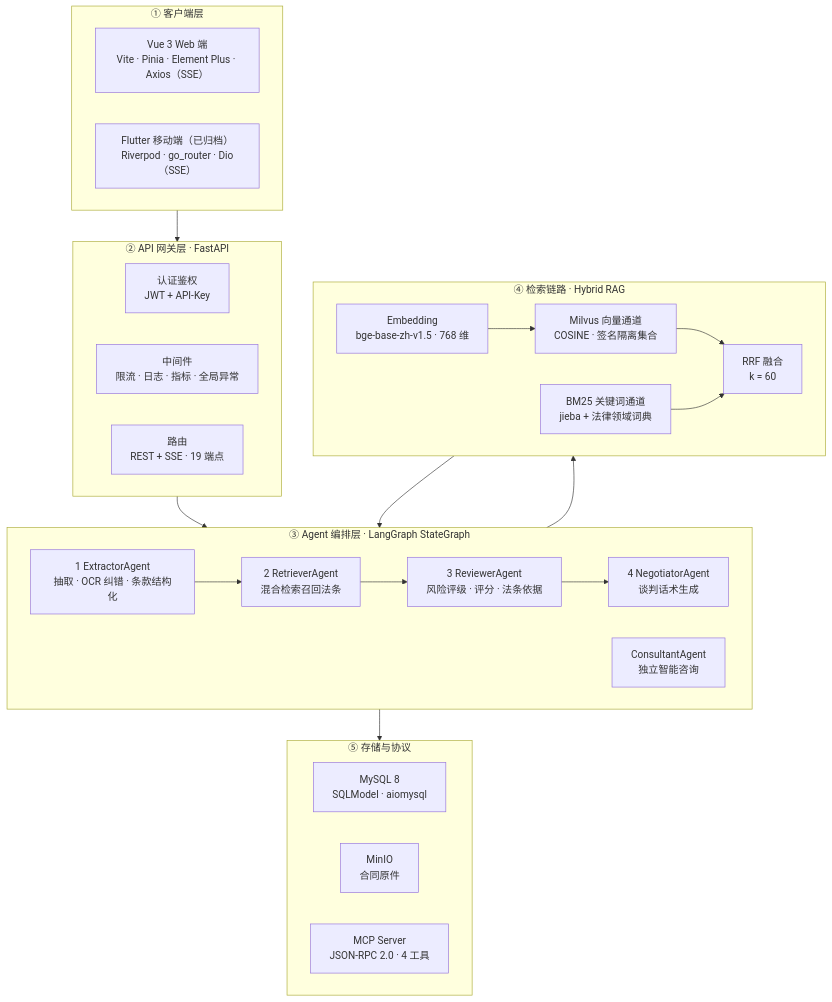
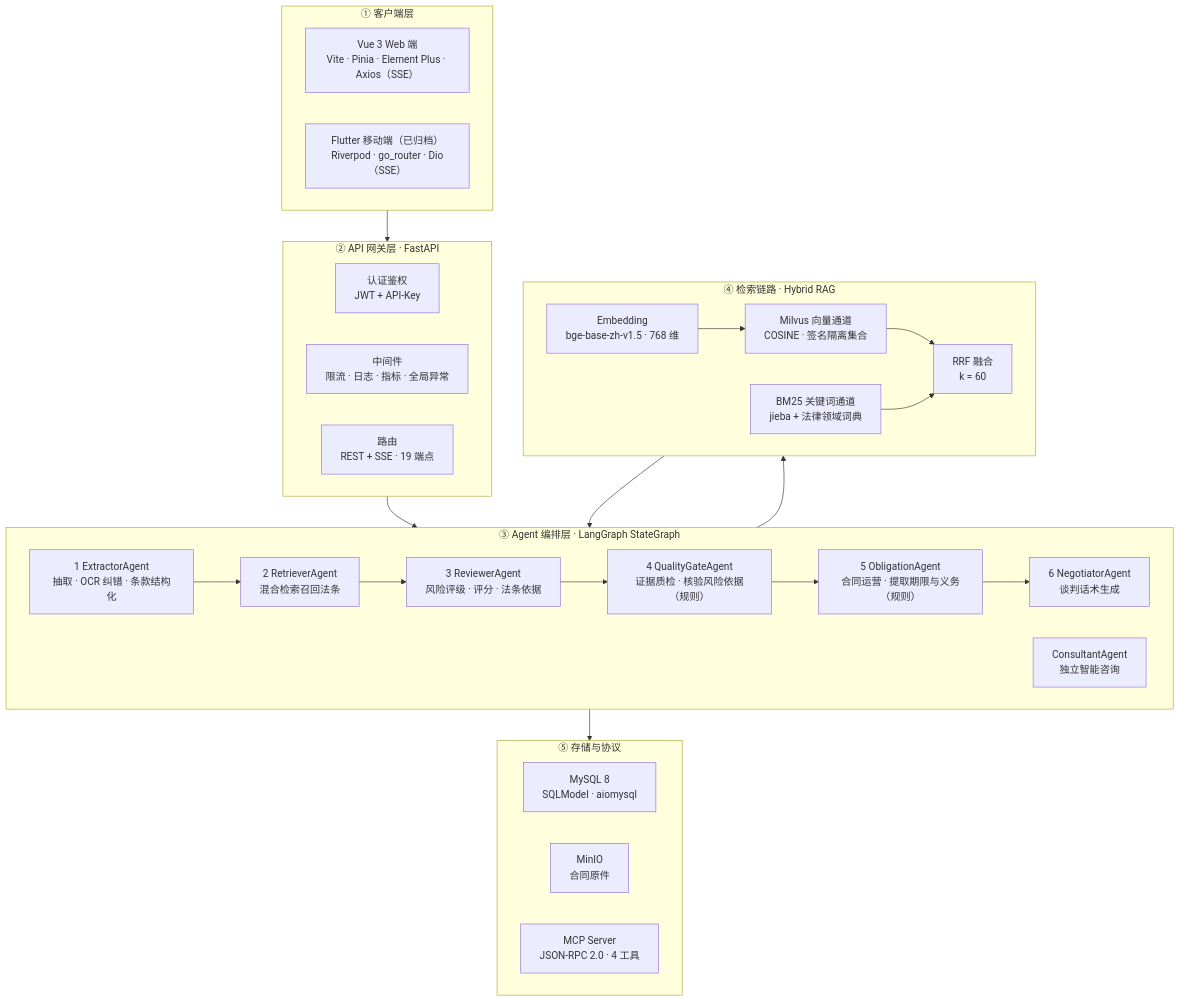
One commit to SFANBLOG/lumos changed the first of 2 diagrams in README.md. Above: the diagram before and after it, drawn with Mermaid. The commit also changed other lines of this file, not shown here.

Commit message:
docs(README): 工作流口径 4 节点→6 节点，对齐 graph.py（补 quality_gate/obligation 到 §2/§4/§5架构图/§5.1时序图/§6.1）

````diff
--- a/README.md
+++ b/README.md
@@ -114,47 +114,49 @@
 ```mermaid
 flowchart TB
     subgraph L1["① 客户端层"]
         direction LR
         W["Vue 3 Web 端<br/>Vite · Pinia · Element Plus · Axios（SSE）"]
         M["Flutter 移动端（已归档）<br/>Riverpod · go_router · Dio（SSE）"]
     end
 
     subgraph L2["② API 网关层 · FastAPI"]
         direction LR
         A1["认证鉴权<br/>JWT + API-Key"]
         A2["中间件<br/>限流 · 日志 · 指标 · 全局异常"]
         A3["路由<br/>REST + SSE · 19 端点"]
     end
 
     subgraph L3["③ Agent 编排层 · LangGraph StateGraph"]
         direction LR
         N1["1 ExtractorAgent<br/>抽取 · OCR 纠错 · 条款结构化"]
         N2["2 RetrieverAgent<br/>混合检索召回法条"]
         N3["3 ReviewerAgent<br/>风险评级 · 评分 · 法条依据"]
-        N4["4 NegotiatorAgent<br/>谈判话术生成"]
-        N5["ConsultantAgent<br/>独立智能咨询"]
-        N1 --> N2 --> N3 --> N4
+        N4["4 QualityGateAgent<br/>证据质检 · 核验风险依据（规则）"]
+        N5["5 ObligationAgent<br/>合同运营 · 提取期限与义务（规则）"]
+        N6["6 NegotiatorAgent<br/>谈判话术生成"]
+        NC["ConsultantAgent<br/>独立智能咨询"]
+        N1 --> N2 --> N3 --> N4 --> N5 --> N6
     end
 
     subgraph L4["④ 检索链路 · Hybrid RAG"]
         direction LR
         E1["Embedding<br/>bge-base-zh-v1.5 · 768 维"]
         V1["Milvus 向量通道<br/>COSINE · 签名隔离集合"]
         B1["BM25 关键词通道<br/>jieba + 法律领域词典"]
         F1["RRF 融合<br/>k = 60"]
         E1 --> V1 --> F1
         B1 --> F1
     end
 
     subgraph L5["⑤ 存储与协议"]
         direction LR
         S1["MySQL 8<br/>SQLModel · aiomysql"]
         S2["MinIO<br/>合同原件"]
         S3["MCP Server<br/>JSON-RPC 2.0 · 4 工具"]
     end
 
     L1 --> L2 --> L3
     N2 --> L4
     F1 --> N3
     L3 --> L5
 ```
````
